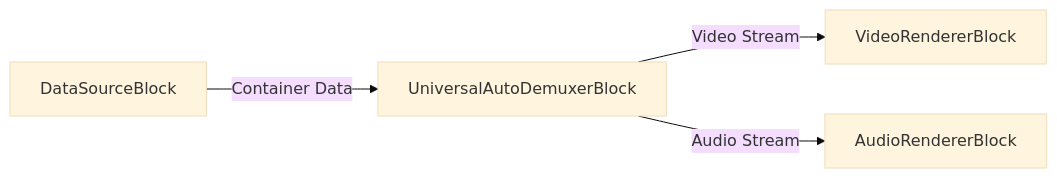
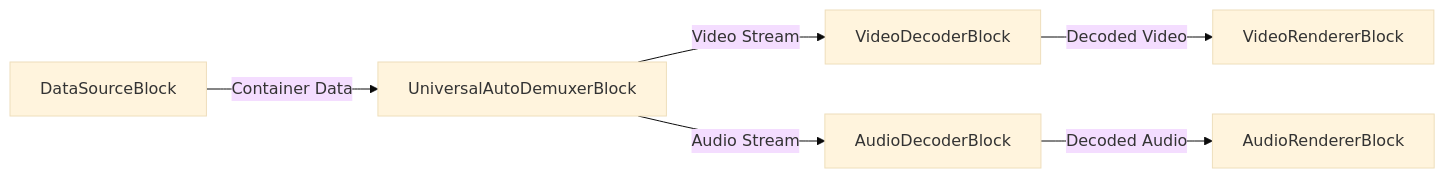
Before and after one commit to visioforge/help: the fourth of 4 diagrams in dotnet/mediablocks/Demuxers/index.md, drawn with Mermaid (base theme). The commit also changed other lines of this file and 194 other files, not shown here.

````diff
--- a/dotnet/mediablocks/Demuxers/index.md
+++ b/dotnet/mediablocks/Demuxers/index.md
@@ -384,6 +410,8 @@
 ```mermaid
 graph LR;
     DataSourceBlock -- Container Data --> UniversalAutoDemuxerBlock;
-    UniversalAutoDemuxerBlock -- Video Stream --> VideoRendererBlock;
-    UniversalAutoDemuxerBlock -- Audio Stream --> AudioRendererBlock;
+    UniversalAutoDemuxerBlock -- Video Stream --> VideoDecoderBlock;
+    VideoDecoderBlock -- Decoded Video --> VideoRendererBlock;
+    UniversalAutoDemuxerBlock -- Audio Stream --> AudioDecoderBlock;
+    AudioDecoderBlock -- Decoded Audio --> AudioRendererBlock;
 ```
````
